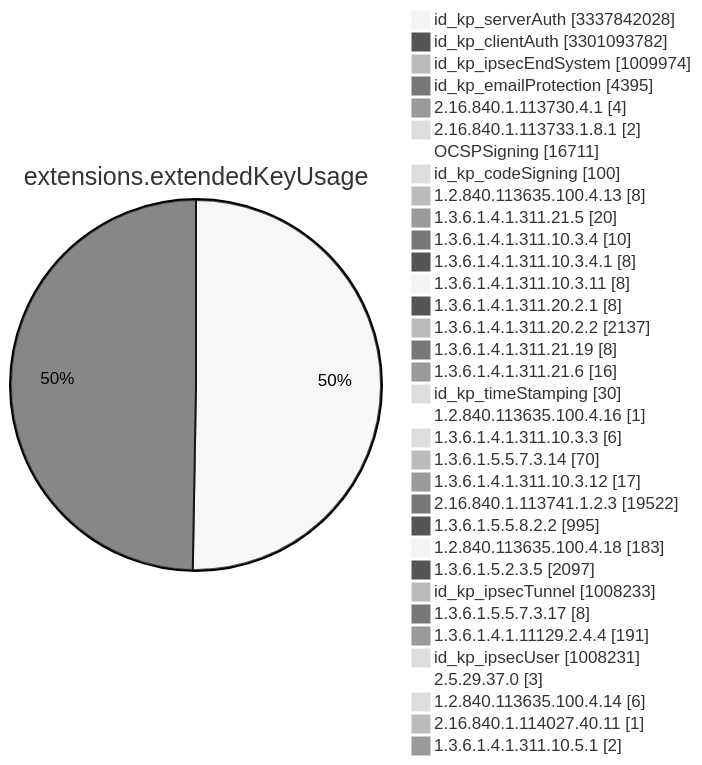
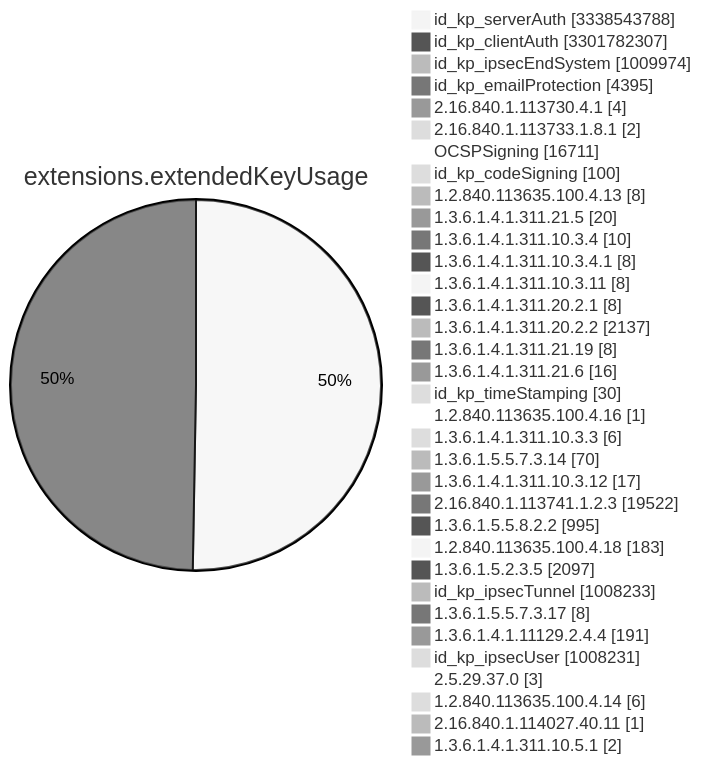
Diagram 11 of 15 in TOTAL/README.md (christiankrug/ctmonitor_visualization), drawn with Mermaid (neutral theme) before and after one commit. The commit also changed other lines of this file, not shown here.

````diff
--- a/TOTAL/README.md
+++ b/TOTAL/README.md
@@ -4120,38 +4120,38 @@
 ```mermaid
 pie showData
 title extensions.extendedKeyUsage
-"id_kp_serverAuth" :3337842028
-"id_kp_clientAuth" :3301093782
+"id_kp_serverAuth" :3338543788
+"id_kp_clientAuth" :3301782307
 "id_kp_ipsecEndSystem" :1009974
 "id_kp_emailProtection" :4395
 "2.16.840.1.113730.4.1" :4
 "2.16.840.1.113733.1.8.1" :2
 "OCSPSigning" :16711
 "id_kp_codeSigning" :100
 "1.2.840.113635.100.4.13" :8
 "1.3.6.1.4.1.311.21.5" :20
 "1.3.6.1.4.1.311.10.3.4" :10
 "1.3.6.1.4.1.311.10.3.4.1" :8
 "1.3.6.1.4.1.311.10.3.11" :8
 "1.3.6.1.4.1.311.20.2.1" :8
 "1.3.6.1.4.1.311.20.2.2" :2137
 "1.3.6.1.4.1.311.21.19" :8
 "1.3.6.1.4.1.311.21.6" :16
 "id_kp_timeStamping" :30
 "1.2.840.113635.100.4.16" :1
 "1.3.6.1.4.1.311.10.3.3" :6
 "1.3.6.1.5.5.7.3.14" :70
 "1.3.6.1.4.1.311.10.3.12" :17
 "2.16.840.1.113741.1.2.3" :19522
 "1.3.6.1.5.5.8.2.2" :995
 "1.2.840.113635.100.4.18" :183
 "1.3.6.1.5.2.3.5" :2097
 "id_kp_ipsecTunnel" :1008233
 "1.3.6.1.5.5.7.3.17" :8
 "1.3.6.1.4.1.11129.2.4.4" :191
 "id_kp_ipsecUser" :1008231
 "2.5.29.37.0" :3
 "1.2.840.113635.100.4.14" :6
 "2.16.840.1.114027.40.11" :1
 "1.3.6.1.4.1.311.10.5.1" :2
 ```
````
